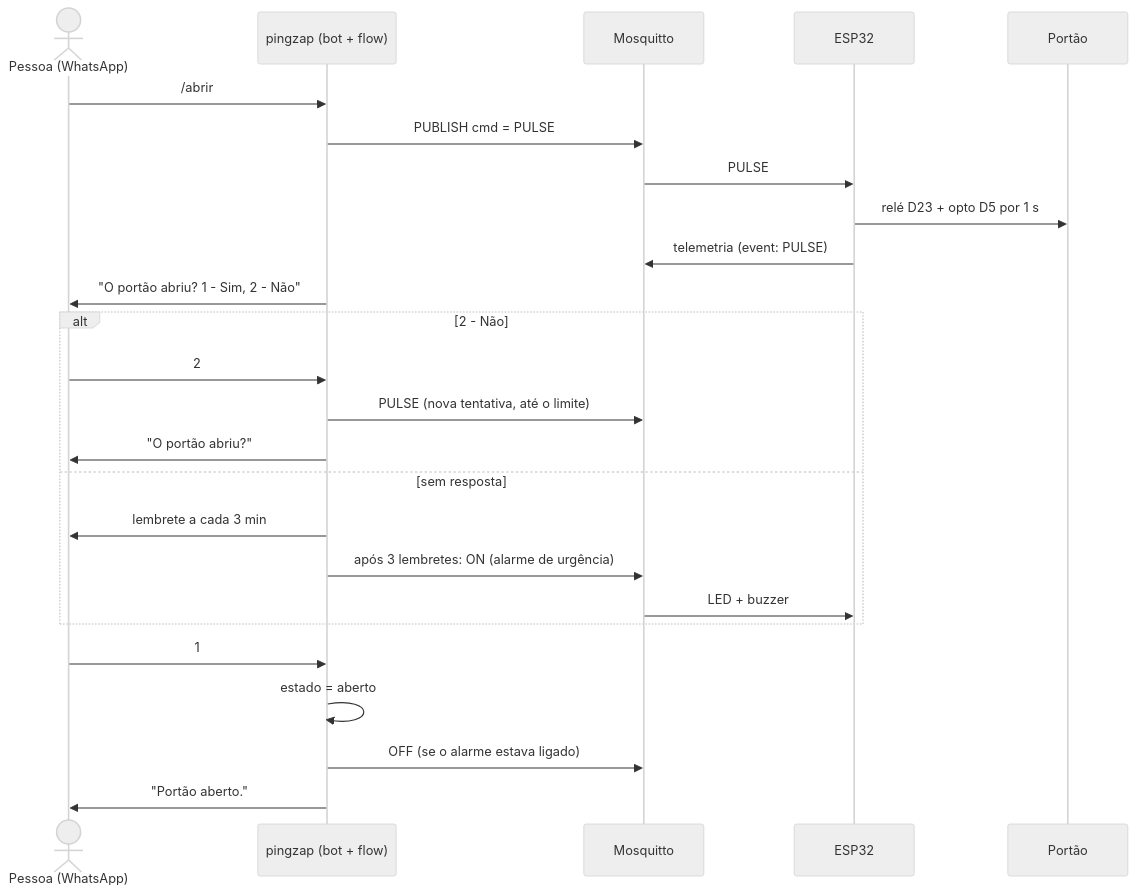
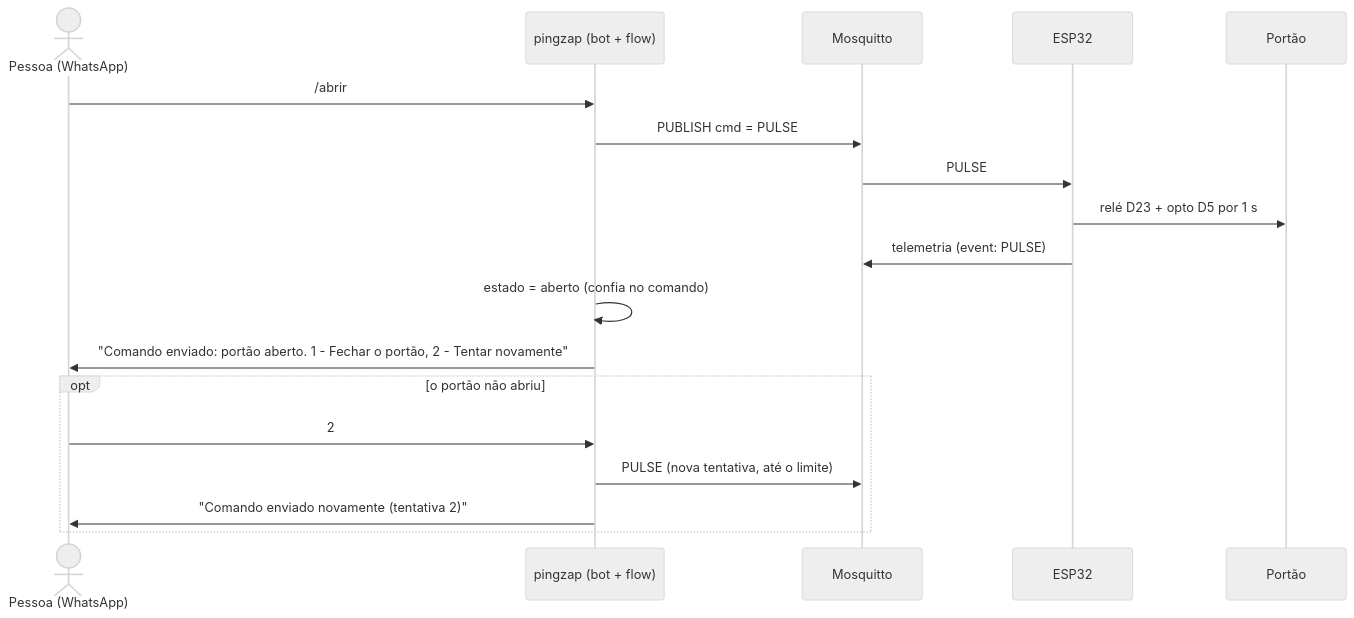
The third of 6 diagrams in docs/arquitetura.md (JoseAntonioPdosSantos/pingzap), drawn with Mermaid (neutral theme) before and after one commit. The commit also changed other lines of this file and 10 other files, not shown here.

First line of the commit message:
feat: bot confia no comando e oferece tentar novamente

````diff
--- a/docs/arquitetura.md
+++ b/docs/arquitetura.md
@@ -119,27 +119,20 @@
 ```mermaid
 sequenceDiagram
     actor P as Pessoa (WhatsApp)
     participant B as pingzap (bot + flow)
     participant M as Mosquitto
     participant E as ESP32
     participant G as Portão
     P->>B: /abrir
     B->>M: PUBLISH cmd = PULSE
     M->>E: PULSE
     E->>G: relé D23 + opto D5 por 1 s
     E->>M: telemetria (event: PULSE)
-    B->>P: "O portão abriu? 1 - Sim, 2 - Não"
-    alt 2 - Não
+    B->>B: estado = aberto (confia no comando)
+    B->>P: "Comando enviado: portão aberto. 1 - Fechar o portão, 2 - Tentar novamente"
+    opt o portão não abriu
         P->>B: 2
         B->>M: PULSE (nova tentativa, até o limite)
-        B->>P: "O portão abriu?"
-    else sem resposta
-        B->>P: lembrete a cada 3 min
-        B->>M: após 3 lembretes: ON (alarme de urgência)
-        M->>E: LED + buzzer
+        B->>P: "Comando enviado novamente (tentativa 2)"
     end
-    P->>B: 1
-    B->>B: estado = aberto
-    B->>M: OFF (se o alarme estava ligado)
-    B->>P: "Portão aberto."
 ```
````
